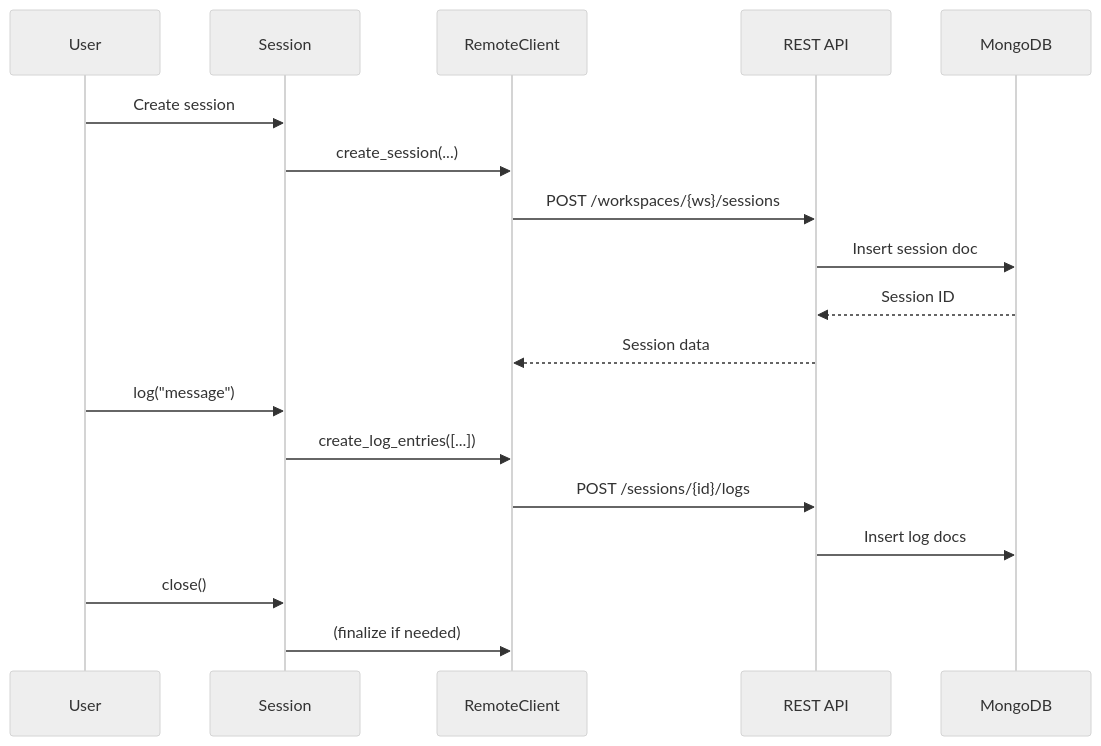
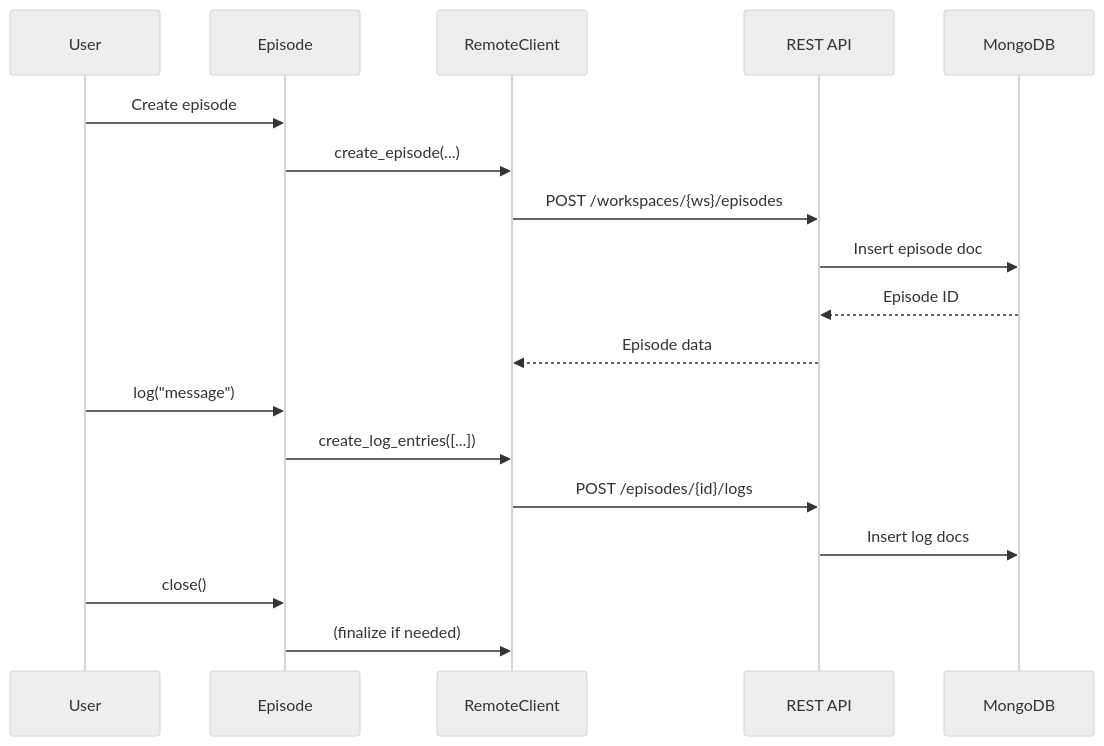
One commit to fortyfive-labs/dreamlake changed the third of 3 diagrams in docs/architecture.md. Above: the diagram before and after it, drawn with Mermaid (neutral theme). The commit also changed other lines of this file and 56 other files, not shown here.

Commit message:
chore: session→episode rename across SDK, docs, and tests

````diff
--- a/docs/architecture.md
+++ b/docs/architecture.md
@@ -200,23 +200,23 @@
 ```{mermaid}
 sequenceDiagram
     participant User
-    participant Session
+    participant Episode
     participant RemoteClient
     participant API as REST API
     participant DB as MongoDB
 
-    User->>Session: Create session
-    Session->>RemoteClient: create_session(...)
-    RemoteClient->>API: POST /workspaces/{ws}/sessions
-    API->>DB: Insert session doc
-    DB-->>API: Session ID
-    API-->>RemoteClient: Session data
+    User->>Episode: Create episode
+    Episode->>RemoteClient: create_episode(...)
+    RemoteClient->>API: POST /workspaces/{ws}/episodes
+    API->>DB: Insert episode doc
+    DB-->>API: Episode ID
+    API-->>RemoteClient: Episode data
 
-    User->>Session: log("message")
-    Session->>RemoteClient: create_log_entries([...])
-    RemoteClient->>API: POST /sessions/{id}/logs
+    User->>Episode: log("message")
+    Episode->>RemoteClient: create_log_entries([...])
+    RemoteClient->>API: POST /episodes/{id}/logs
     API->>DB: Insert log docs
 
-    User->>Session: close()
-    Session->>RemoteClient: (finalize if needed)
+    User->>Episode: close()
+    Episode->>RemoteClient: (finalize if needed)
 ```
````
